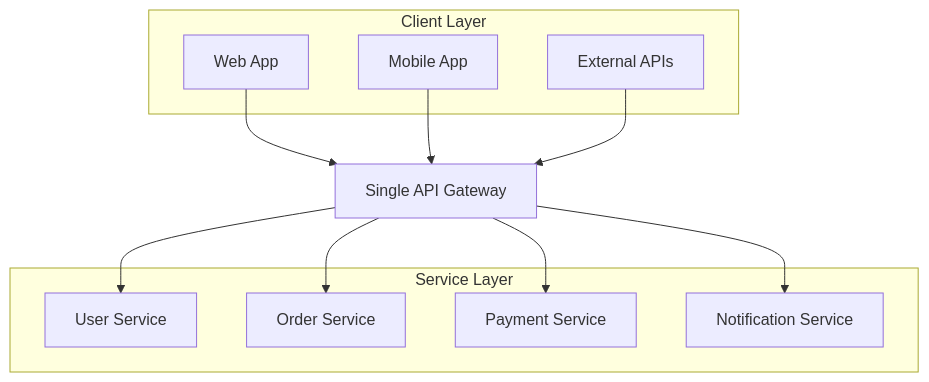
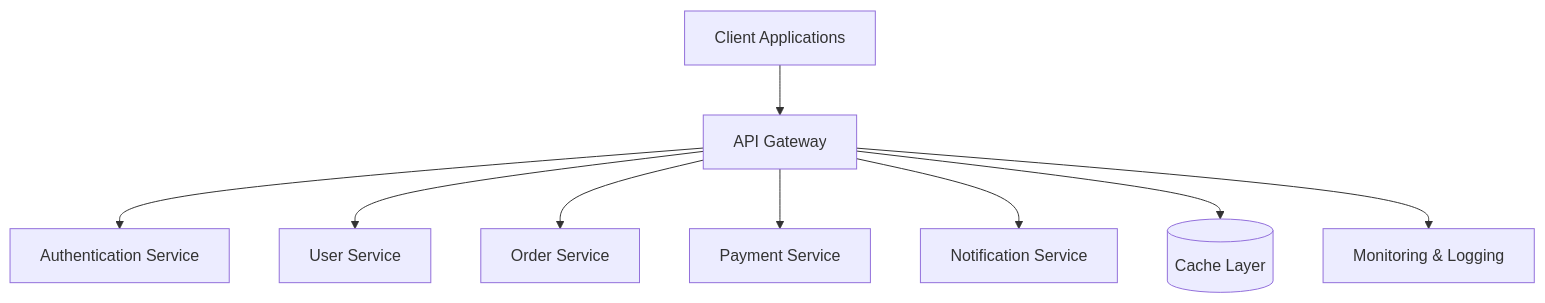
Before and after one commit to Ritahchanger/system_design: the first of 7 diagrams in api-gateways/README.md, drawn with Mermaid. The commit also changed other lines of this file and 8 other files, not shown here.

Commit message:
Add comprehensive API Gateway documentation: architecture, routing, caching, scaling, security, monitoring, patterns, and pros/cons

````diff
--- a/api-gateways/README.md
+++ b/api-gateways/README.md
@@ -81,26 +22,12 @@
 ```mermaid
 graph TB
-    subgraph "Client Layer"
-        Web[Web App]
-        Mobile[Mobile App]
-        API[External APIs]
-    end
+    Client[Client Applications] --> Gateway[API Gateway]
+    Gateway --> Auth[Authentication Service]
+    Gateway --> Service1[User Service]
+    Gateway --> Service2[Order Service]
+    Gateway --> Service3[Payment Service]
+    Gateway --> Service4[Notification Service]
     
-    Gateway[Single API Gateway]
-    
-    subgraph "Service Layer"
-        UserSvc[User Service]
-        OrderSvc[Order Service]
-        PaymentSvc[Payment Service]
-        NotificationSvc[Notification Service]
-    end
-    
-    Web --> Gateway
-    Mobile --> Gateway
-    API --> Gateway
-    
-    Gateway --> UserSvc
-    Gateway --> OrderSvc
-    Gateway --> PaymentSvc
-    Gateway --> NotificationSvc
+    Gateway --> Cache[(Cache Layer)]
+    Gateway --> Monitor[Monitoring & Logging]
 ```
````
